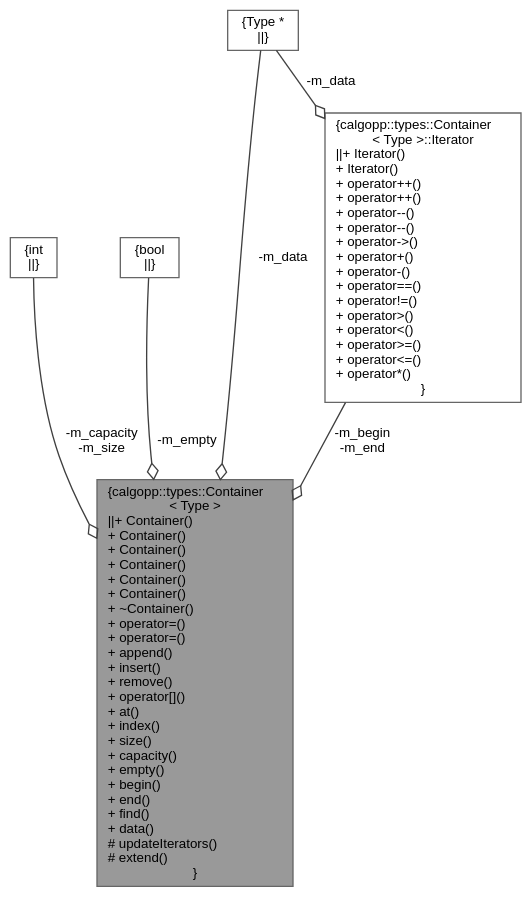
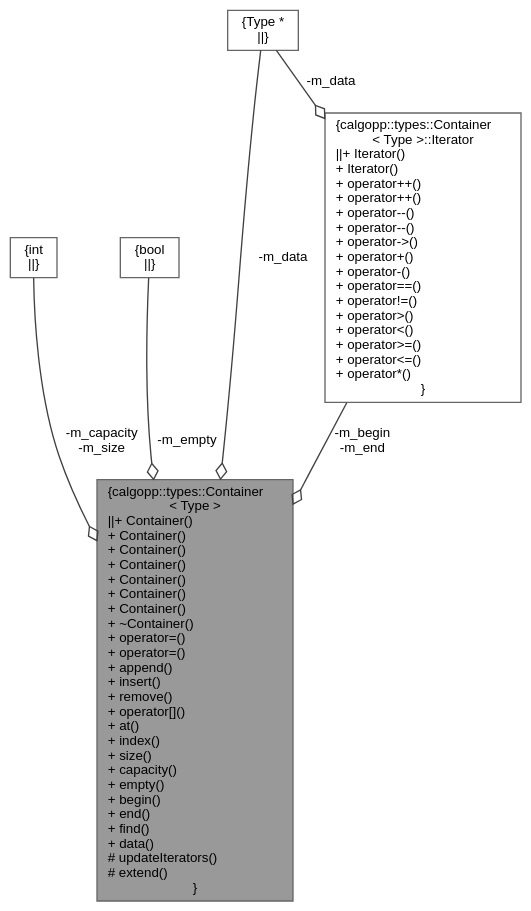
The diagram in classcalgopp_1_1types_1_1Container__coll__graph.dot (pawelekg95/algopp), drawn with Graphviz before and after one commit. The commit also changed 63 other files, not shown here.

```diff
--- a/classcalgopp_1_1types_1_1Container__coll__graph.dot
+++ b/classcalgopp_1_1types_1_1Container__coll__graph.dot
@@ -1,17 +1,17 @@
 digraph "calgopp::types::Container&lt; Type &gt;"
 {
  // LATEX_PDF_SIZE
   bgcolor="transparent";
   edge [fontname=Helvetica,fontsize=10,labelfontname=Helvetica,labelfontsize=10];
   node [fontname=Helvetica,fontsize=10,shape=box,height=0.2,width=0.4];
-  Node1 [label="{calgopp::types::Container\l\< Type \>\n||+ Container()\l+ Container()\l+ Container()\l+ Container()\l+ Container()\l+ Container()\l+ ~Container()\l+ operator=()\l+ operator=()\l+ append()\l+ insert()\l+ remove()\l+ operator[]()\l+ at()\l+ index()\l+ size()\l+ capacity()\l+ empty()\l+ begin()\l+ end()\l+ find()\l+ data()\l# updateIterators()\l# extend()\l}",height=0.2,width=0.4,color="gray40", fillcolor="grey60", style="filled", fontcolor="black",tooltip=" "];
+  Node1 [label="{calgopp::types::Container\l\< Type \>\n||+ Container()\l+ Container()\l+ Container()\l+ Container()\l+ Container()\l+ Container()\l+ Container()\l+ ~Container()\l+ operator=()\l+ operator=()\l+ append()\l+ insert()\l+ remove()\l+ operator[]()\l+ at()\l+ index()\l+ size()\l+ capacity()\l+ empty()\l+ begin()\l+ end()\l+ find()\l+ data()\l# updateIterators()\l# extend()\l}",height=0.2,width=0.4,color="gray40", fillcolor="grey60", style="filled", fontcolor="black",tooltip=" "];
   Node2 -> Node1 [color="grey25",style="solid",label=" -m_capacity\n-m_size" ,arrowhead="odiamond"];
   Node2 [label="{int\n||}",height=0.2,width=0.4,color="gray40", fillcolor="white", style="filled",tooltip=" "];
   Node3 -> Node1 [color="grey25",style="solid",label=" -m_empty" ,arrowhead="odiamond"];
   Node3 [label="{bool\n||}",height=0.2,width=0.4,color="gray40", fillcolor="white", style="filled",URL="$classbool.html",tooltip=" "];
   Node4 -> Node1 [color="grey25",style="solid",label=" -m_data" ,arrowhead="odiamond"];
   Node4 [label="{Type *\n||}",height=0.2,width=0.4,color="gray40", fillcolor="white", style="filled",tooltip=" "];
   Node5 -> Node1 [color="grey25",style="solid",label=" -m_begin\n-m_end" ,arrowhead="odiamond"];
   Node5 [label="{calgopp::types::Container\l\< Type \>::Iterator\n||+ Iterator()\l+ Iterator()\l+ operator++()\l+ operator++()\l+ operator--()\l+ operator--()\l+ operator-\>()\l+ operator+()\l+ operator-()\l+ operator==()\l+ operator!=()\l+ operator\>()\l+ operator\<()\l+ operator\>=()\l+ operator\<=()\l+ operator*()\l}",height=0.2,width=0.4,color="gray40", fillcolor="white", style="filled",URL="$classcalgopp_1_1types_1_1Container_1_1Iterator.html",tooltip=" "];
   Node4 -> Node5 [color="grey25",style="solid",label=" -m_data" ,arrowhead="odiamond"];
 }
```
